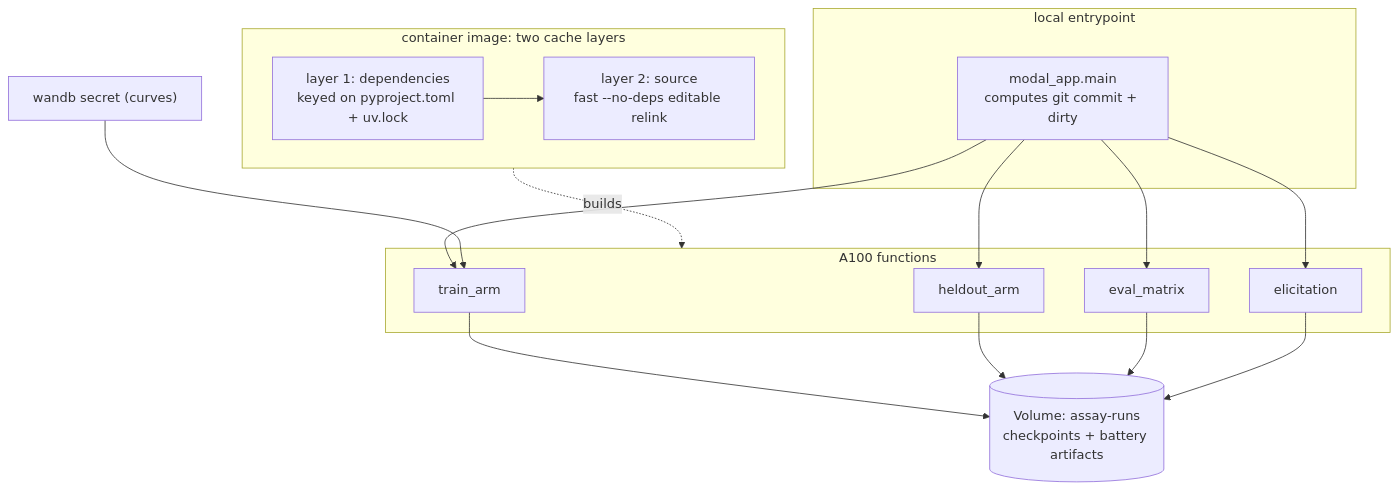
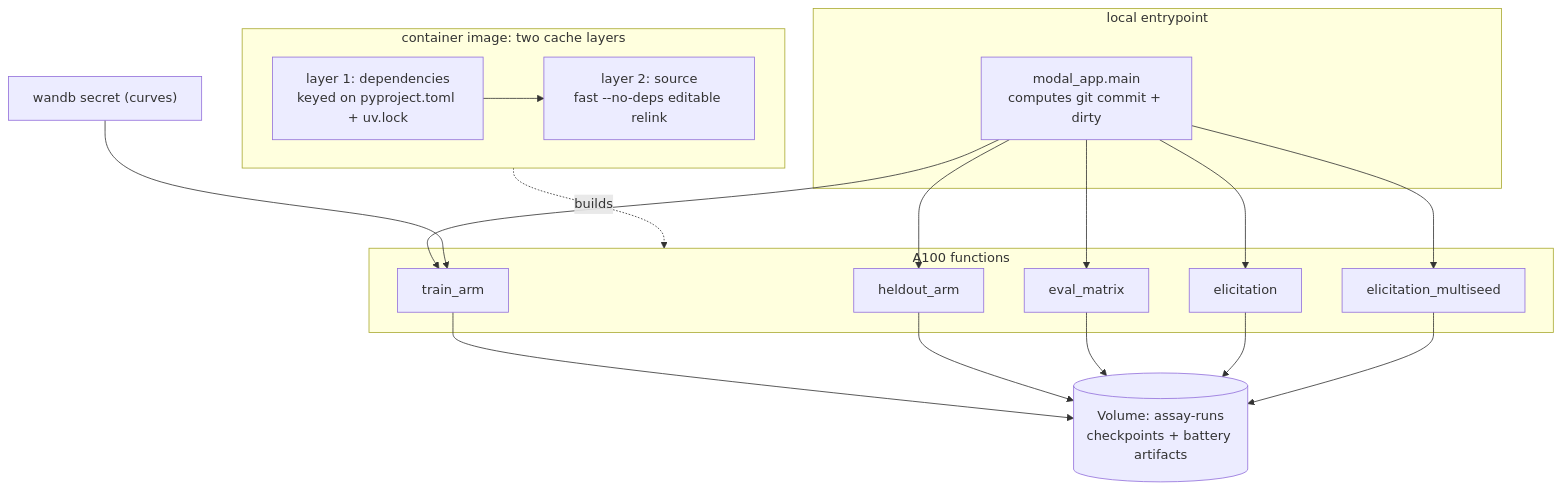
Before and after one commit to adamthuvesen/grpo-decomp: the sixth of 6 diagrams in docs/ARCHITECTURE.md, drawn with Mermaid. The commit also changed other lines of this file and 4 other files, not shown here.

````diff
--- a/docs/ARCHITECTURE.md
+++ b/docs/ARCHITECTURE.md
@@ -316,30 +342,33 @@
 ```mermaid
 flowchart TB
     subgraph local["local entrypoint"]
         ENT["modal_app.main<br/>computes git commit + dirty"]
     end
     subgraph img["container image: two cache layers"]
         L1["layer 1: dependencies<br/>keyed on pyproject.toml + uv.lock"]
         L2["layer 2: source<br/>fast --no-deps editable relink"]
         L1 --> L2
     end
     subgraph fns["A100 functions"]
         TA["train_arm"]
         HA["heldout_arm"]
         EM["eval_matrix"]
         EL["elicitation"]
+        EMS["elicitation_multiseed"]
     end
     VOL[("Volume: assay-runs<br/>checkpoints + battery artifacts")]
     SEC["wandb secret (curves)"]
 
     ENT --> TA
     ENT --> HA
     ENT --> EM
     ENT --> EL
+    ENT --> EMS
     img -.->|builds| fns
     SEC --> TA
     TA --> VOL
     HA --> VOL
     EM --> VOL
     EL --> VOL
+    EMS --> VOL
 ```
````
